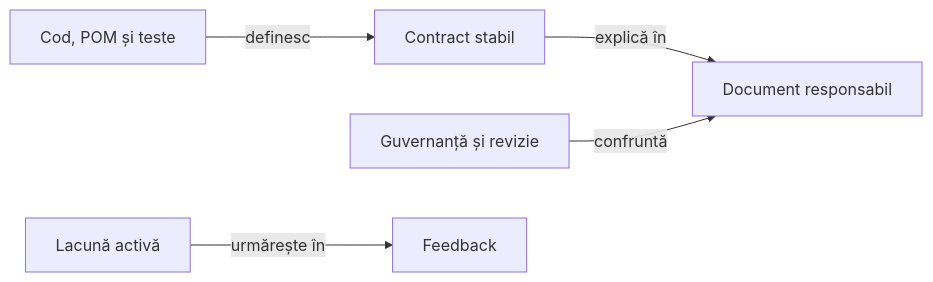
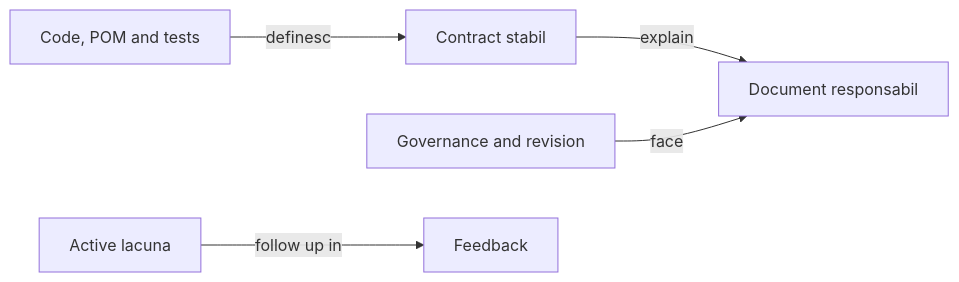
Before and after one commit to crististefanita/atf_j4: the diagram in docs/governance/ATF_Documentation.md, drawn with Mermaid. The commit also changed other lines of this file and 122 other files, not shown here.

````diff
--- a/docs/governance/ATF_Documentation.md
+++ b/docs/governance/ATF_Documentation.md
@@ -9,7 +9,7 @@
 ```mermaid
 flowchart LR
-    SOURCE[Cod, POM și teste] -->|definesc| CONTRACT[Contract stabil]
-    CONTRACT -->|explică în| DOC[Document responsabil]
-    CHECK[Guvernanță și revizie] -->|confruntă| DOC
-    GAP[Lacună activă] -->|urmărește în| FEEDBACK[Feedback]
+    SOURCE[Code, POM and tests] -->|definesc| CONTRACT[Contract stabil]
+    CONTRACT -->|explain| DOC[Document responsabil]
+    CHECK[Governance and revision] -->|face| DOC
+    GAP[Active lacuna] -->|follow up in| FEEDBACK[Feedback]
 ```
````
